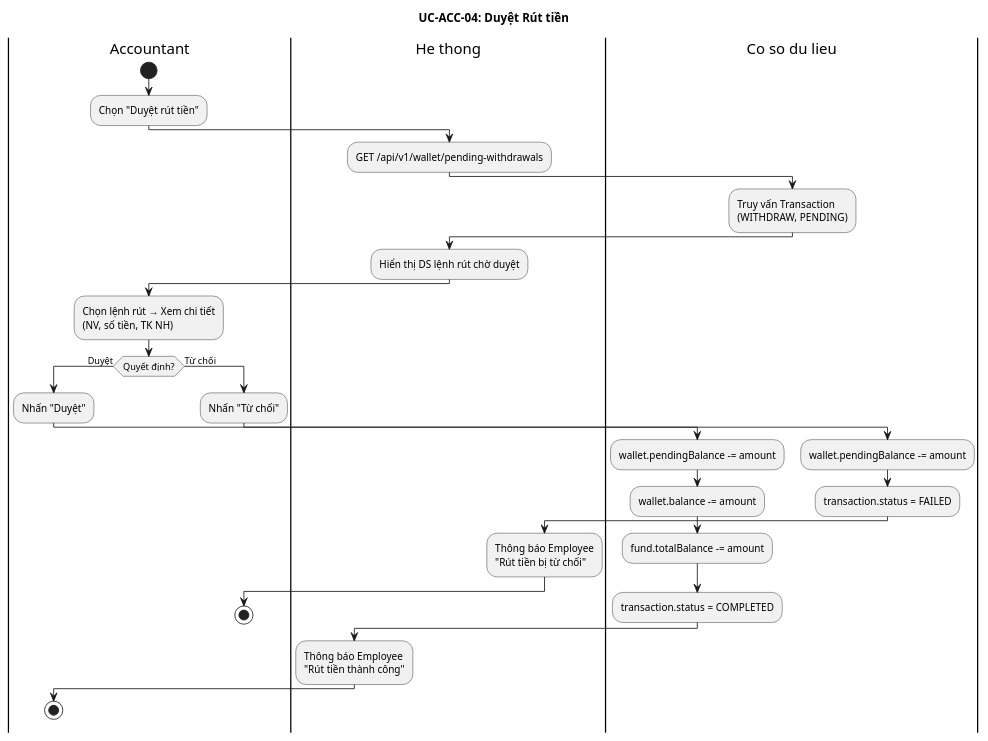
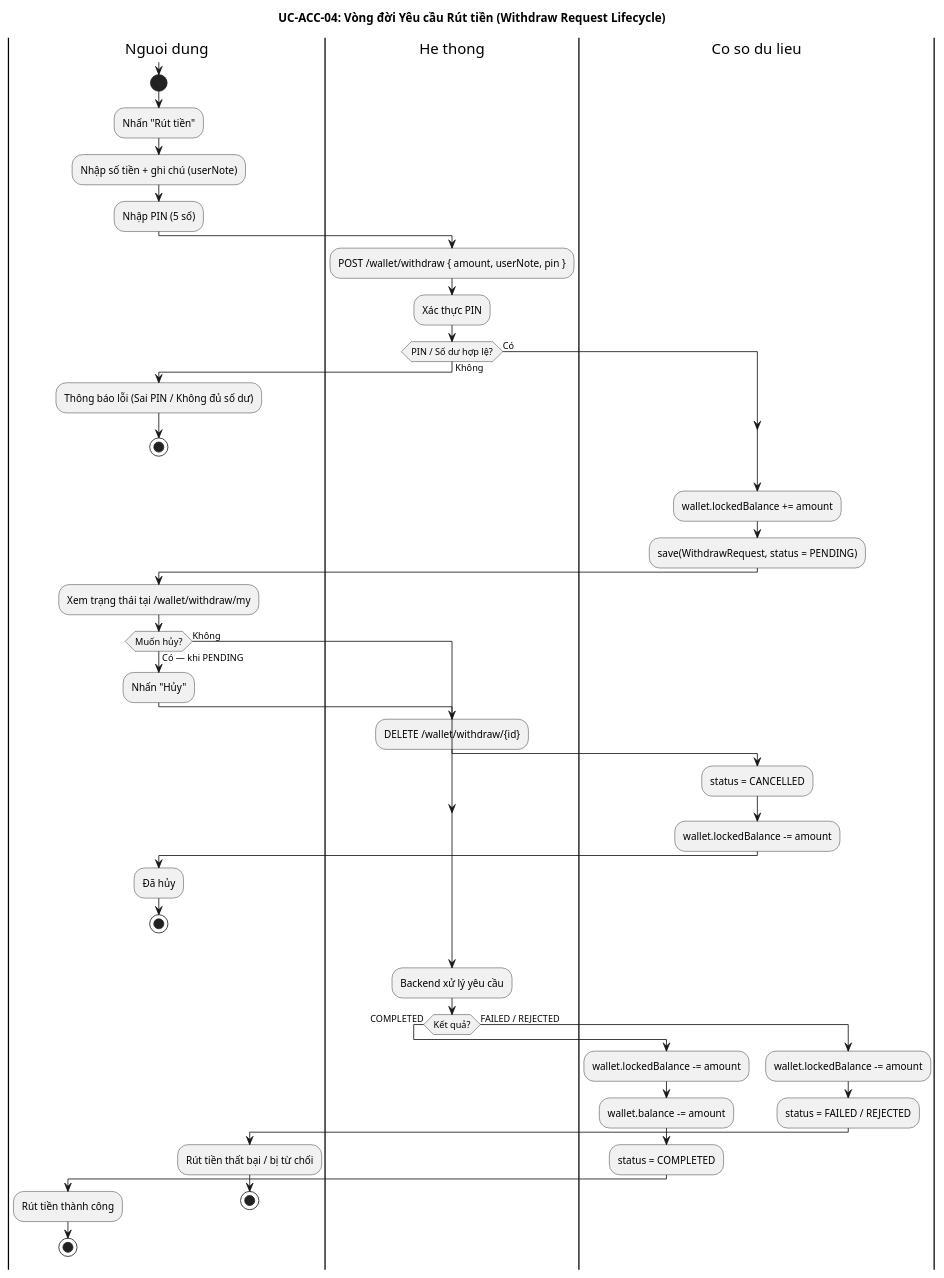
Before and after one commit to Quoosc/INTERNAL_FINANCIAL_CASHFLOW_MANAGEMENT_SYSTEM_USING_INTERNAL_WALLET_MODEL_FRONTEND: the diagram in docs/diagrams/activity/UC-ACC-04_ApproveWithdrawal.puml, drawn with PlantUML. The commit also changed 55 other files, not shown here.

```diff
--- a/docs/diagrams/activity/UC-ACC-04_ApproveWithdrawal.puml
+++ b/docs/diagrams/activity/UC-ACC-04_ApproveWithdrawal.puml
@@ -1,49 +1,73 @@
-@startuml UC-ACC-04: Duyet Rut tien
+@startuml
 
-title UC-ACC-04: Duyệt Rút tiền
+title UC-ACC-04: Vòng đời Yêu cầu Rút tiền (Withdraw Request Lifecycle)
 
-|Accountant|
+note right
+  ⚠ THAY ĐỔI: Luồng duyệt rút tiền bởi Accountant ĐÃ BỊ LOẠI BỎ.
+  Rút tiền hiện tại là hành động trực tiếp của người dùng (tự phục vụ).
+  Accountant KHÔNG có màn hình duyệt rút tiền.
+end note
+
+|Nguoi dung|
 start
-:Chọn "Duyệt rút tiền";
+:Nhấn "Rút tiền";
+:Nhập số tiền + ghi chú (userNote);
+:Nhập PIN (5 số);
 
 |He thong|
-:GET /api/v1/wallet/pending-withdrawals;
+:POST /wallet/withdraw { amount, userNote, pin };
+:Xác thực PIN;
+
+if (PIN / Số dư hợp lệ?) then (Không)
+  |Nguoi dung|
+  :Thông báo lỗi (Sai PIN / Không đủ số dư);
+  stop
+else (Có)
+endif
 
 |Co so du lieu|
-:Truy vấn Transaction\n(WITHDRAW, PENDING);
+:wallet.lockedBalance += amount;
+:save(WithdrawRequest, status = PENDING);
+
+|Nguoi dung|
+:Xem trạng thái tại /wallet/withdraw/my;
+
+if (Muốn hủy?) then (Có — khi PENDING)
+  :Nhấn "Hủy";
+
+  |He thong|
+  :DELETE /wallet/withdraw/{id};
+
+  |Co so du lieu|
+  :status = CANCELLED;
+  :wallet.lockedBalance -= amount;
+
+  |Nguoi dung|
+  :Đã hủy;
+  stop
+else (Không)
+endif
 
 |He thong|
-:Hiển thị DS lệnh rút chờ duyệt;
+:Backend xử lý yêu cầu;
 
-|Accountant|
-:Chọn lệnh rút → Xem chi tiết\n(NV, số tiền, TK NH);
+if (Kết quả?) then (COMPLETED)
+  |Co so du lieu|
+  :wallet.lockedBalance -= amount;
+  :wallet.balance -= amount;
+  :status = COMPLETED;
 
-if (Quyết định?) then (Duyệt)
-  :Nhấn "Duyệt";
+  |Nguoi dung|
+  :Rút tiền thành công;
+  stop
+else (FAILED / REJECTED)
+  |Co so du lieu|
+  :wallet.lockedBalance -= amount;
+  :status = FAILED / REJECTED;
 
-  |Co so du lieu|
-  :wallet.pendingBalance -= amount;
-  :wallet.balance -= amount;
-  :fund.totalBalance -= amount;
-  :transaction.status = COMPLETED;
-
-  |He thong|
-  :Thông báo Employee\n"Rút tiền thành công";
-
-  |Accountant|
-  stop
-else (Từ chối)
-  :Nhấn "Từ chối";
-
-  |Co so du lieu|
-  :wallet.pendingBalance -= amount;
-  :transaction.status = FAILED;
-
-  |He thong|
-  :Thông báo Employee\n"Rút tiền bị từ chối";
-
-  |Accountant|
+  |Nguoi dung|
+  :Rút tiền thất bại / bị từ chối;
   stop
 endif
 
 @enduml
```
